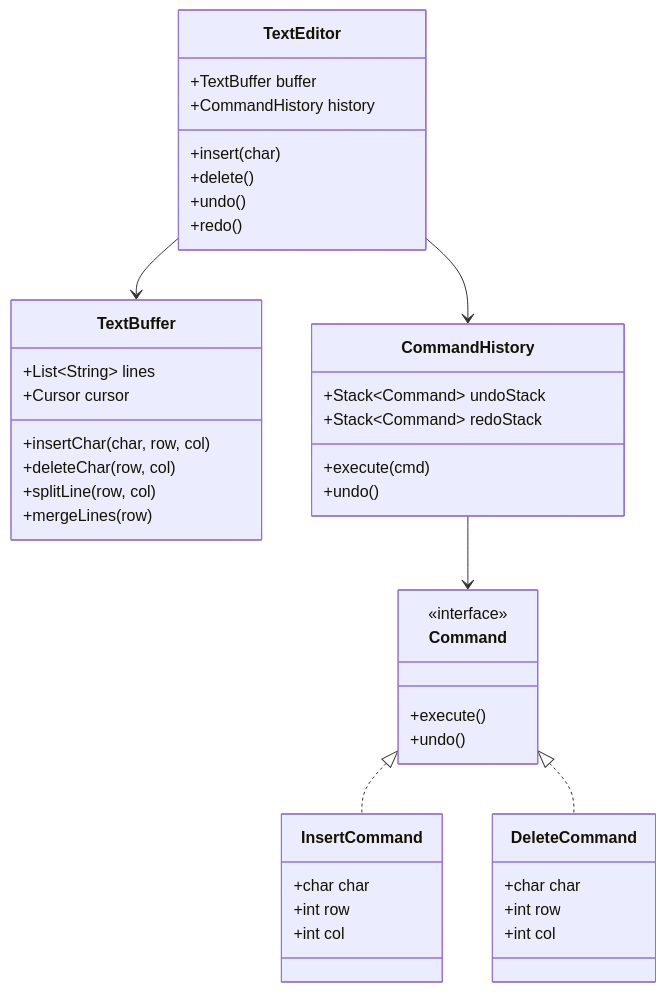
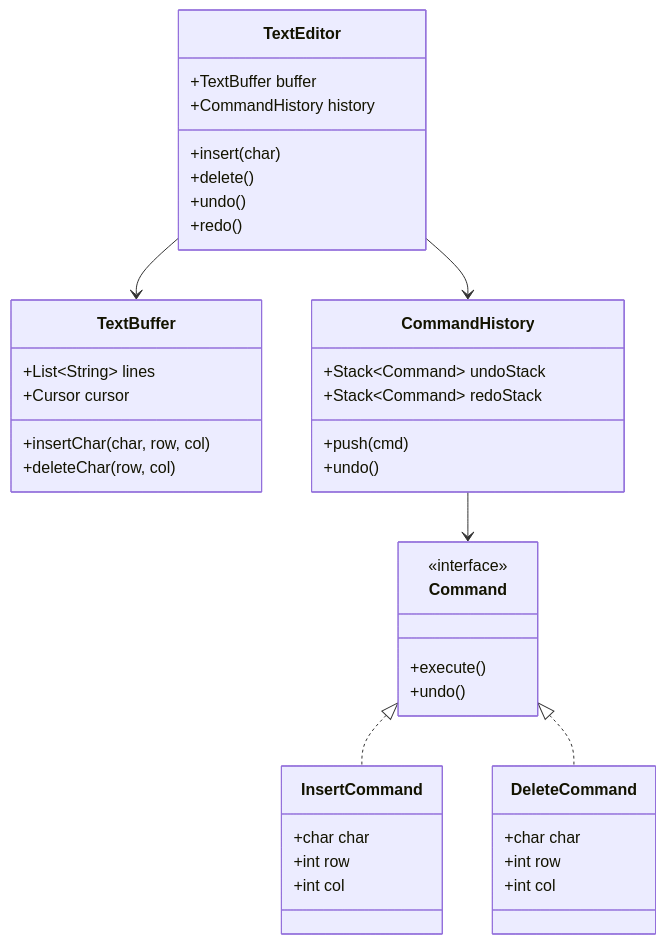
Before and after one commit to nishchalnishant/SystemDesign: the diagram in lld-problems/problems/21-design-text-editor.md, drawn with Mermaid. The commit also changed other lines of this file and 22 other files, not shown here.

````diff
--- a/lld-problems/problems/21-design-text-editor.md
+++ b/lld-problems/problems/21-design-text-editor.md
@@ -33,51 +60,49 @@
 ```mermaid
 classDiagram
     class TextEditor {
         +TextBuffer buffer
         +CommandHistory history
         +insert(char)
         +delete()
         +undo()
         +redo()
     }
 
     class TextBuffer {
         +List~String~ lines
         +Cursor cursor
         +insertChar(char, row, col)
         +deleteChar(row, col)
-        +splitLine(row, col)
-        +mergeLines(row)
     }
 
     class Command {
         <<interface>>
         +execute()
         +undo()
     }
 
     class InsertCommand {
         +char char
         +int row
         +int col
     }
 
     class DeleteCommand {
         +char char
         +int row
         +int col
     }
 
     class CommandHistory {
         +Stack~Command~ undoStack
         +Stack~Command~ redoStack
-        +execute(cmd)
+        +push(cmd)
         +undo()
     }
 
     TextEditor --> TextBuffer
     TextEditor --> CommandHistory
     CommandHistory --> Command
     Command <|.. InsertCommand
     Command <|.. DeleteCommand
 ```
````
